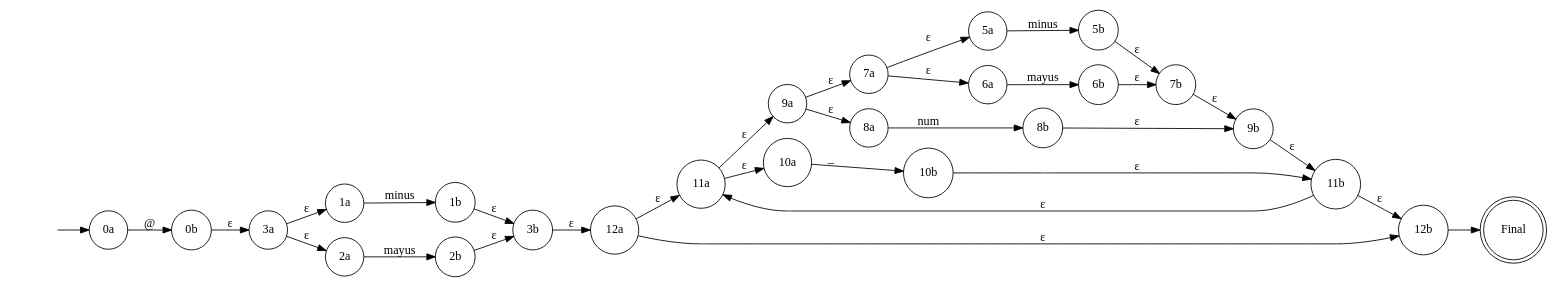
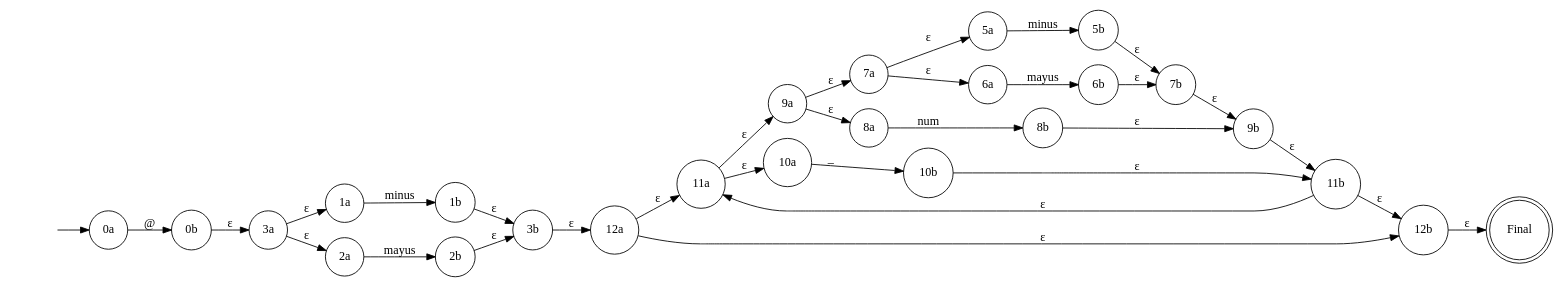
Before and after one commit to DiegoxBaggins/JAVA-Basic-Compilator: the diagram in AFND_201903969/igusername.dot, drawn with Graphviz. The commit also changed 27 other files, not shown here.

```diff
--- a/AFND_201903969/igusername.dot
+++ b/AFND_201903969/igusername.dot
@@ -1,62 +1,62 @@
 digraph G{
 rankdir=LR
 concentrate=true
 nodoInicial [shape=none label=""]
 nodoInicial->nodo0a [label=""]
 nodo0a [shape=circle label="0a"]
 nodo0b [shape=circle label="0b"]
 nodo0a -> nodo0b[label="@"]
 nodo1a [shape=circle label="1a"]
 nodo1b [shape=circle label="1b"]
 nodo1a -> nodo1b[label="minus"]
 nodo2a [shape=circle label="2a"]
 nodo2b [shape=circle label="2b"]
 nodo2a -> nodo2b[label="mayus"]
 nodo3a [shape=circle label="3a"]
 nodo3b [shape=circle label="3b"]
 nodo3a -> nodo1a[label="ε"]
 nodo3a -> nodo2a[label="ε"]
 nodo1b->nodo3b[label="ε"]
 nodo2b->nodo3b[label="ε"]
 nodo0b -> nodo3a[label="ε"]
 nodo5a [shape=circle label="5a"]
 nodo5b [shape=circle label="5b"]
 nodo5a -> nodo5b[label="minus"]
 nodo6a [shape=circle label="6a"]
 nodo6b [shape=circle label="6b"]
 nodo6a -> nodo6b[label="mayus"]
 nodo7a [shape=circle label="7a"]
 nodo7b [shape=circle label="7b"]
 nodo7a -> nodo5a[label="ε"]
 nodo7a -> nodo6a[label="ε"]
 nodo5b->nodo7b[label="ε"]
 nodo6b->nodo7b[label="ε"]
 nodo8a [shape=circle label="8a"]
 nodo8b [shape=circle label="8b"]
 nodo8a -> nodo8b[label="num"]
 nodo9a [shape=circle label="9a"]
 nodo9b [shape=circle label="9b"]
 nodo9a -> nodo7a[label="ε"]
 nodo9a -> nodo8a[label="ε"]
 nodo7b->nodo9b[label="ε"]
 nodo8b->nodo9b[label="ε"]
 nodo10a [shape=circle label="10a"]
 nodo10b [shape=circle label="10b"]
 nodo10a -> nodo10b[label="_"]
 nodo11a [shape=circle label="11a"]
 nodo11b [shape=circle label="11b"]
 nodo11a -> nodo9a[label="ε"]
 nodo11a -> nodo10a[label="ε"]
 nodo9b->nodo11b[label="ε"]
 nodo10b->nodo11b[label="ε"]
 nodo12a [shape=circle label="12a"]
 nodo12b [shape=circle label="12b"]
 nodo12a -> nodo11a[label="ε"]
 nodo11b->nodo12b[label="ε"]
 nodo11b->nodo11a[label="ε"]
 nodo12a ->nodo12b [label="ε"]
 nodo3b -> nodo12a[label="ε"]
 nodoFinal [shape=doublecircle label="Final"]
-nodo12b->nodoFinal [label=""]
+nodo12b->nodoFinal [label="ε"]
 
 }
```
